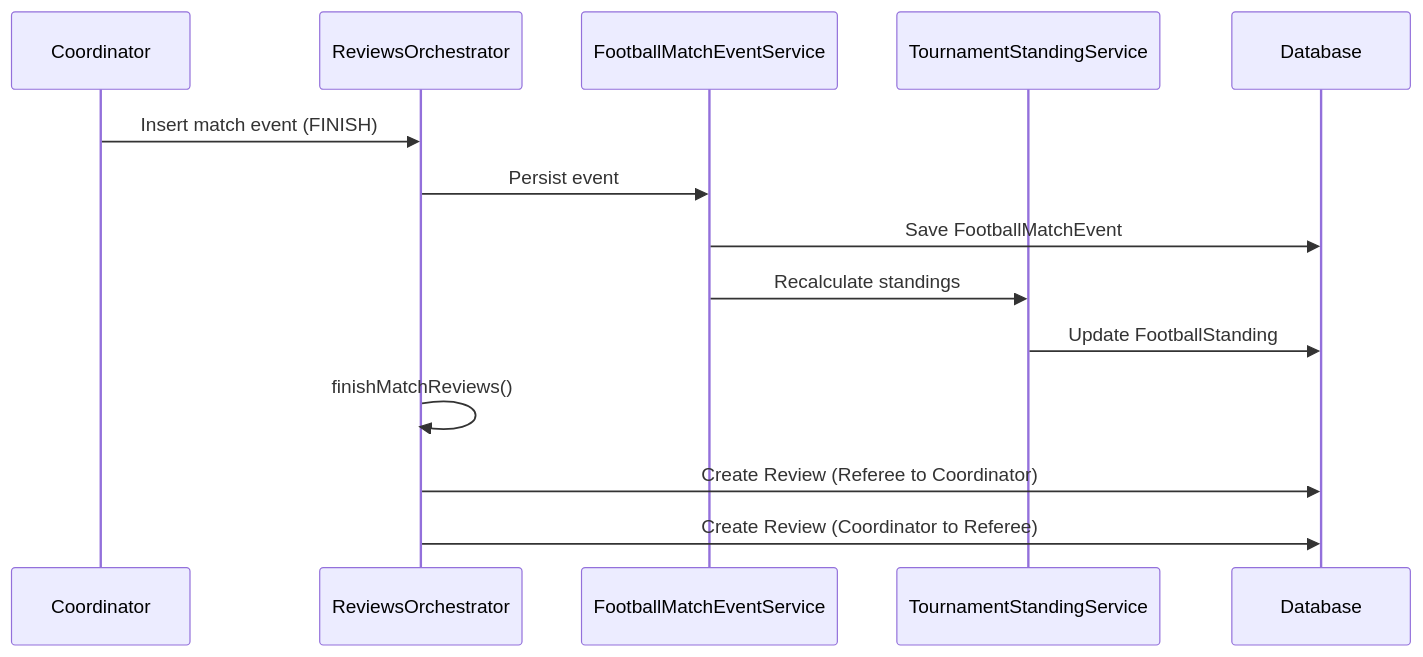
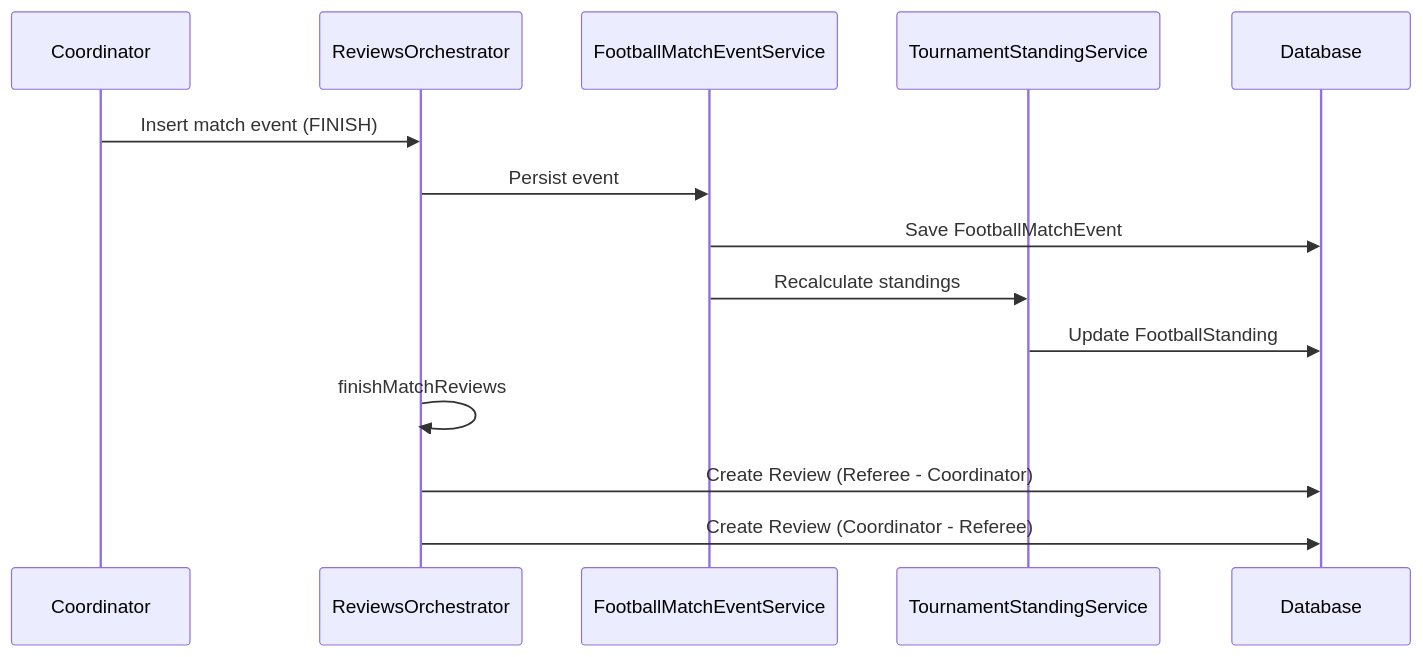
Before and after one commit to lorisdj02/atl-backend: the second of 6 diagrams in README.md, drawn with Mermaid. The commit also changed other lines of this file, not shown here.

Commit message:
docs: update README with comprehensive ER diagrams and tournament phase documentation

````diff
--- a/README.md
+++ b/README.md
@@ -88,17 +90,17 @@
 ```mermaid
 sequenceDiagram
     participant C as Coordinator
     participant Orch as ReviewsOrchestrator
     participant Event as FootballMatchEventService
     participant Stand as TournamentStandingService
     participant DB as Database
 
     C->>Orch: Insert match event (FINISH)
     Orch->>Event: Persist event
     Event->>DB: Save FootballMatchEvent
     Event->>Stand: Recalculate standings
     Stand->>DB: Update FootballStanding
-    Orch->>Orch: finishMatchReviews()
-    Orch->>DB: Create Review (Referee to Coordinator)
-    Orch->>DB: Create Review (Coordinator to Referee)
+    Orch->>Orch: finishMatchReviews
+    Orch->>DB: Create Review (Referee - Coordinator)
+    Orch->>DB: Create Review (Coordinator - Referee)
 ```
````
